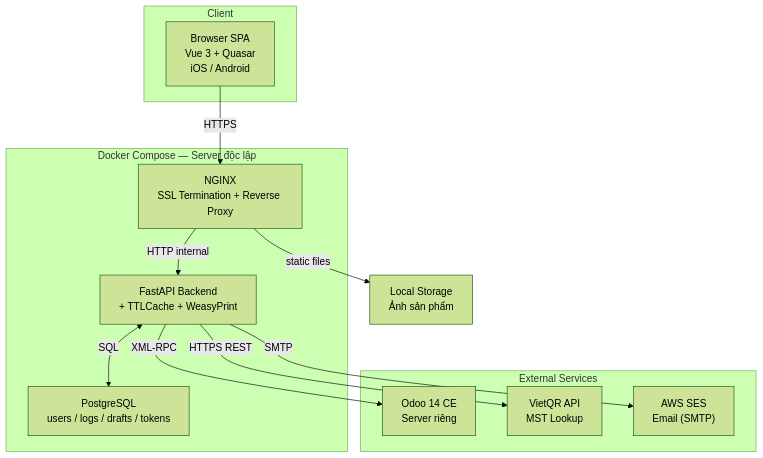
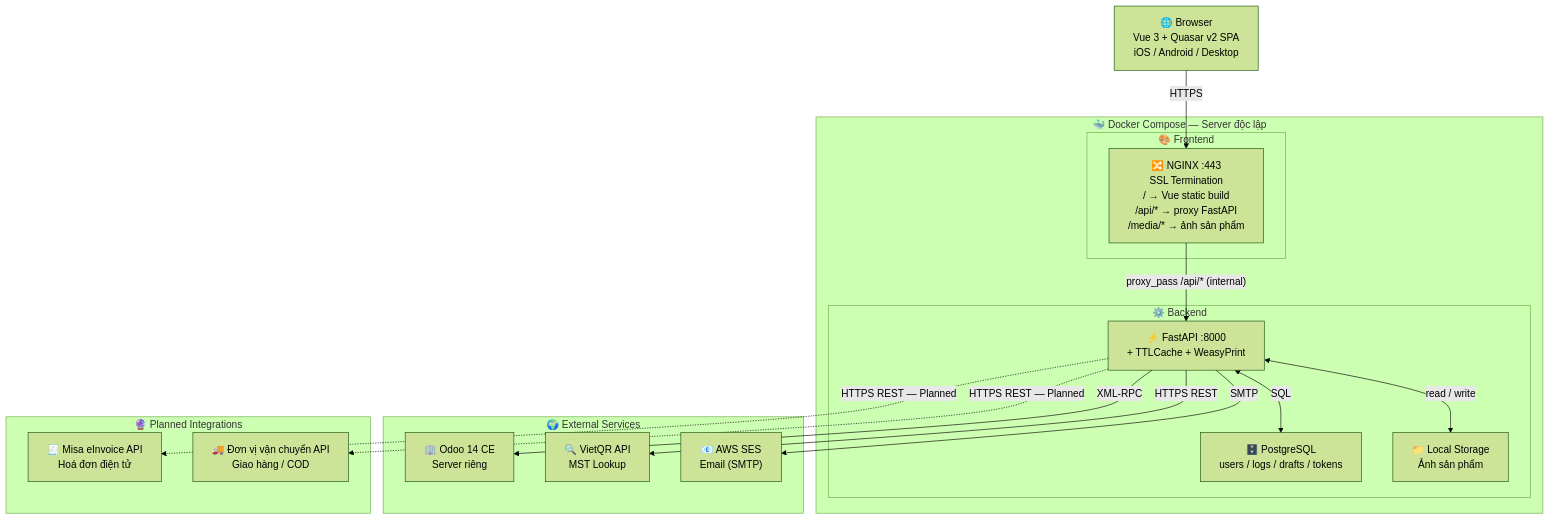
The diagram in scope.md (ngohuuduc/VJ_mobile_POS), drawn with Mermaid (forest theme) before and after one commit. The commit also changed other lines of this file and 2 other files, not shown here.

Commit message:
Update documentation: increment version and update last modified date for open questions, process flow, and scope documents

````diff
--- a/scope.md
+++ b/scope.md
@@ -74,26 +76,36 @@
 ```mermaid
 graph TD
-    subgraph Client["Client"]
-        Browser["Browser SPA\nVue 3 + Quasar\niOS / Android"]
+    Browser["🌐 Browser\nVue 3 + Quasar v2 SPA\niOS / Android / Desktop"]
+
+    subgraph Server["🐳 Docker Compose — Server độc lập"]
+        subgraph FrontendLayer["🎨 Frontend"]
+            NGINX["🔀 NGINX :443\nSSL Termination\n/ → Vue static build\n/api/* → proxy FastAPI\n/media/* → ảnh sản phẩm"]
+        end
+        subgraph BackendLayer["⚙️ Backend"]
+            FastAPI["⚡ FastAPI :8000\n+ TTLCache + WeasyPrint"]
+            PG["🗄️ PostgreSQL\nusers / logs / drafts / tokens"]
+            ImgStore["📁 Local Storage\nẢnh sản phẩm"]
+        end
     end
 
-    subgraph Docker["Docker Compose — Server độc lập"]
-        NGINX["NGINX\nSSL Termination + Reverse Proxy"]
-        FastAPI["FastAPI Backend\n+ TTLCache + WeasyPrint"]
-        PG["PostgreSQL\nusers / logs / drafts / tokens"]
+    subgraph External["🌍 External Services"]
+        Odoo["🏢 Odoo 14 CE\nServer riêng"]
+        VietQR["🔍 VietQR API\nMST Lookup"]
+        SES["📧 AWS SES\nEmail (SMTP)"]
     end
 
-    subgraph External["External Services"]
-        Odoo["Odoo 14 CE\nServer riêng"]
-        VietQR["VietQR API\nMST Lookup"]
-        SES["AWS SES\nEmail (SMTP)"]
+    subgraph Planned["🔮 Planned Integrations"]
+        Misa["🧾 Misa eInvoice API\nHoá đơn điện tử"]
+        Carrier["🚚 Đơn vị vận chuyển API\nGiao hàng / COD"]
     end
 
-    Browser -->|HTTPS| NGINX
-    NGINX -->|HTTP internal| FastAPI
-    NGINX -->|static files| ImgStore["Local Storage\nẢnh sản phẩm"]
+    Browser -->|"HTTPS"| NGINX
+    NGINX -->|"proxy_pass /api/* (internal)"| FastAPI
     FastAPI <-->|SQL| PG
+    FastAPI <-->|read / write| ImgStore
     FastAPI -->|XML-RPC| Odoo
     FastAPI -->|HTTPS REST| VietQR
     FastAPI -->|SMTP| SES
+    FastAPI -.->|"HTTPS REST — Planned"| Misa
+    FastAPI -.->|"HTTPS REST — Planned"| Carrier
 ```
````
